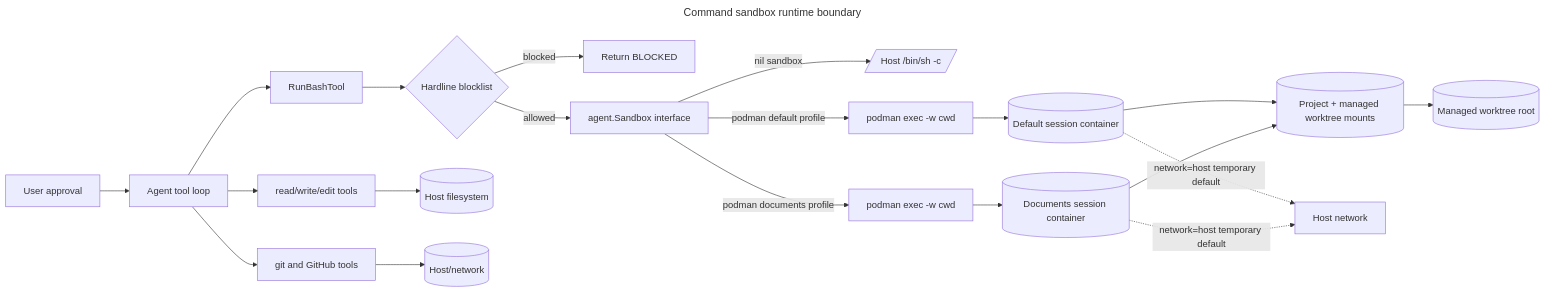
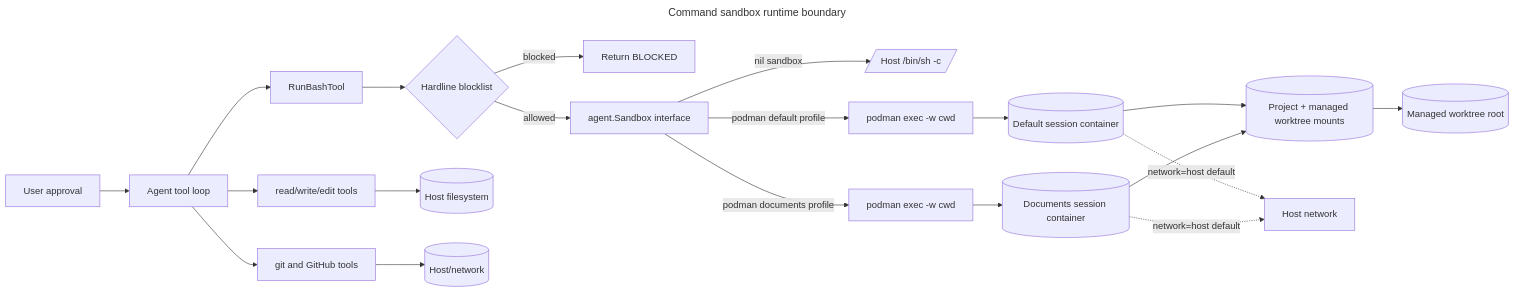
One commit to yottadynamics/yottacode changed the first of 2 diagrams in docs/sandbox.md. Above: the diagram before and after it, drawn with Mermaid. The commit also changed other lines of this file and 19 other files, not shown here.

````diff
--- a/docs/sandbox.md
+++ b/docs/sandbox.md
@@ -25,27 +25,27 @@
 ```mermaid
 ---
 title: Command sandbox runtime boundary
 ---
 flowchart LR
     %% Author: YottaDynamics | Scope: current command sandbox
     User[User approval] --> Agent[Agent tool loop]
     Agent --> RB[RunBashTool]
     RB --> Blocklist{Hardline blocklist}
     Blocklist -- blocked --> Deny[Return BLOCKED]
     Blocklist -- allowed --> Seam[agent.Sandbox interface]
     Seam -- nil sandbox --> Host[/Host /bin/sh -c/]
     Seam -- podman default profile --> Exec[podman exec -w cwd]
     Seam -- podman documents profile --> DocExec[podman exec -w cwd]
     Exec --> Container[(Default session container)]
     DocExec --> DocContainer[(Documents session container)]
     Container --> Mount[(Project + managed worktree mounts)]
     DocContainer --> Mount
     Mount --> Worktrees[(Managed worktree root)]
-    Container -. network=host temporary default .-> Net[Host network]
-    DocContainer -. network=host temporary default .-> Net
+    Container -. network=host default .-> Net[Host network]
+    DocContainer -. network=host default .-> Net
 
     Agent --> FileTools[read/write/edit tools]
     FileTools --> HostFS[(Host filesystem)]
     Agent --> GitTools[git and GitHub tools]
     GitTools --> HostNet[(Host/network)]
 ```
````
